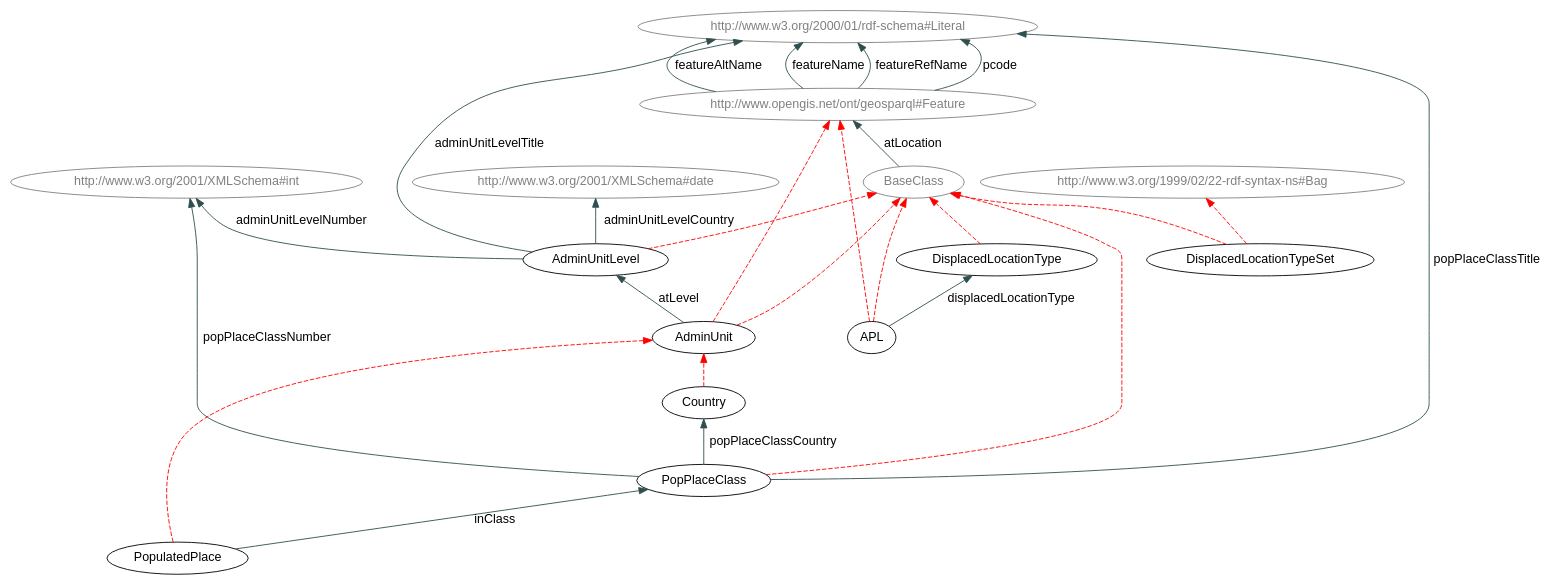
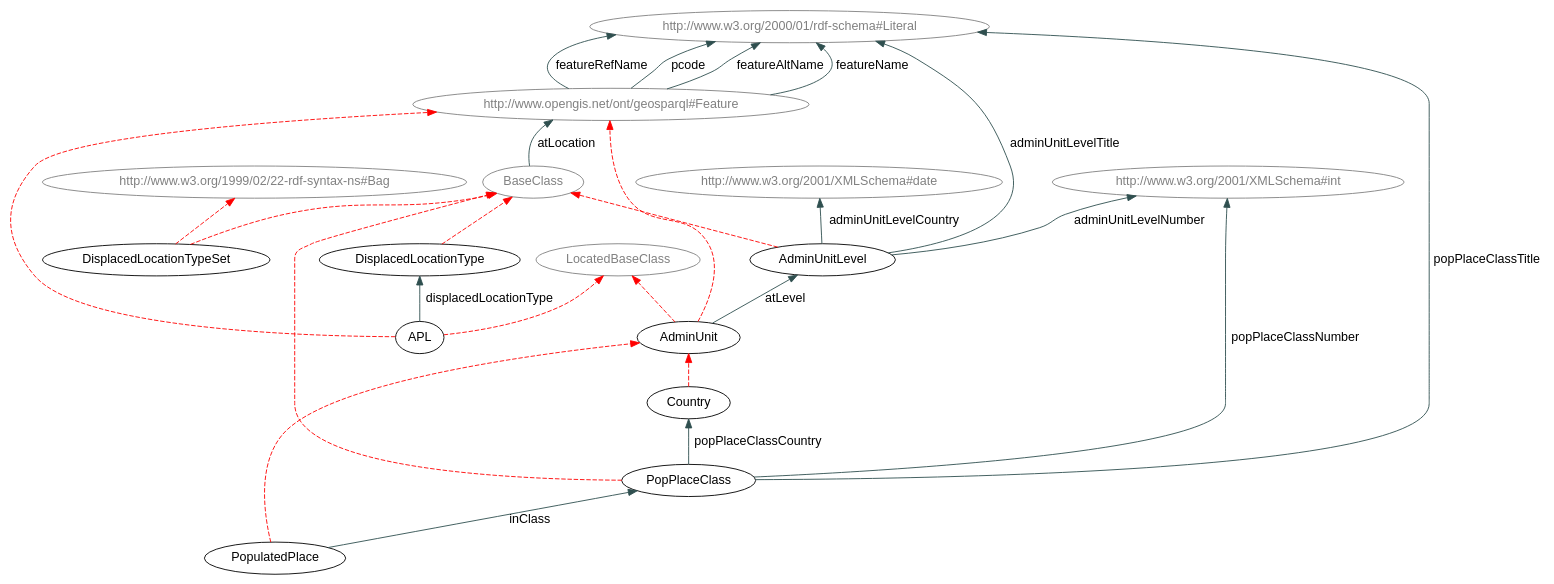
The diagram in Tools/geolocationSection.dot (hxl-team/HXL-Vocab), drawn with Graphviz before and after one commit. The commit also changed 20 other files, not shown here.

First line of the commit message:
Cardinality restrictions and hxl:LocatedBaseClass added

```diff
--- a/Tools/geolocationSection.dot
+++ b/Tools/geolocationSection.dot
@@ -1,66 +1,66 @@
 digraph { 
  rankdir="BT";	
  charset="utf-8";
  overlap=false;
  edge [color=darkslategray];
  edge [fontname=Helvetica];
  node [fontname=Helvetica];
 
 "APL" [ URL = "./#APL"] ;
 		"http://www.opengis.net/ont/geosparql#Feature" [ URL = "./#APL" color="gray" fontcolor="gray"] ;
 				"APL" -> "http://www.opengis.net/ont/geosparql#Feature" [ color=red style="dashed" ]; 
-			"BaseClass" [ URL = "./#APL" color="gray" fontcolor="gray"] ;
-				"APL" -> "BaseClass" [ color=red style="dashed" ]; 
+			"LocatedBaseClass" [ URL = "./#APL" color="gray" fontcolor="gray"] ;
+				"APL" -> "LocatedBaseClass" [ color=red style="dashed" ]; 
 			"AdminUnit" [ URL = "./#AdminUnit"] ;
 		"http://www.opengis.net/ont/geosparql#Feature" [ URL = "./#AdminUnit" color="gray" fontcolor="gray"] ;
 				"AdminUnit" -> "http://www.opengis.net/ont/geosparql#Feature" [ color=red style="dashed" ]; 
-			"BaseClass" [ URL = "./#AdminUnit" color="gray" fontcolor="gray"] ;
-				"AdminUnit" -> "BaseClass" [ color=red style="dashed" ]; 
+			"LocatedBaseClass" [ URL = "./#AdminUnit" color="gray" fontcolor="gray"] ;
+				"AdminUnit" -> "LocatedBaseClass" [ color=red style="dashed" ]; 
 			"AdminUnitLevel" [ URL = "./#AdminUnitLevel"] ;
 		"BaseClass" [ URL = "./#AdminUnitLevel" color="gray" fontcolor="gray"] ;
 				"AdminUnitLevel" -> "BaseClass" [ color=red style="dashed" ]; 
 			"Country" [ URL = "./#Country"] ;
 		"Country" -> "AdminUnit" [ color=red style="dashed" ]; 
 			"DisplacedLocationType" [ URL = "./#DisplacedLocationType"] ;
 		"BaseClass" [ URL = "./#DisplacedLocationType" color="gray" fontcolor="gray"] ;
 				"DisplacedLocationType" -> "BaseClass" [ color=red style="dashed" ]; 
 			"DisplacedLocationTypeSet" [ URL = "./#DisplacedLocationTypeSet"] ;
 		"BaseClass" [ URL = "./#DisplacedLocationTypeSet" color="gray" fontcolor="gray"] ;
 				"DisplacedLocationTypeSet" -> "BaseClass" [ color=red style="dashed" ]; 
 			"http://www.w3.org/1999/02/22-rdf-syntax-ns#Bag" [ URL = "./#DisplacedLocationTypeSet" color="gray" fontcolor="gray"] ;
 				"DisplacedLocationTypeSet" -> "http://www.w3.org/1999/02/22-rdf-syntax-ns#Bag" [ color=red style="dashed" ]; 
 			"PopPlaceClass" [ URL = "./#PopPlaceClass"] ;
 		"BaseClass" [ URL = "./#PopPlaceClass" color="gray" fontcolor="gray"] ;
 				"PopPlaceClass" -> "BaseClass" [ color=red style="dashed" ]; 
 			"PopulatedPlace" [ URL = "./#PopulatedPlace"] ;
 		"PopulatedPlace" -> "AdminUnit" [ color=red style="dashed" ]; 
 			"http://www.w3.org/2001/XMLSchema#date" [ URL = "./#http://www.w3.org/2001/XMLSchema#date" color="gray" fontcolor="gray"] ;
 					"AdminUnitLevel" -> "http://www.w3.org/2001/XMLSchema#date" [ label="adminUnitLevelCountry" URL = "./#adminUnitLevelCountry"]; 
 				"http://www.w3.org/2001/XMLSchema#int" [ URL = "./#http://www.w3.org/2001/XMLSchema#int" color="gray" fontcolor="gray"] ;
 					"AdminUnitLevel" -> "http://www.w3.org/2001/XMLSchema#int" [ label="adminUnitLevelNumber" URL = "./#adminUnitLevelNumber"]; 
 				"http://www.w3.org/2000/01/rdf-schema#Literal" [ URL = "./#http://www.w3.org/2000/01/rdf-schema#Literal" color="gray" fontcolor="gray"] ;
 					"AdminUnitLevel" -> "http://www.w3.org/2000/01/rdf-schema#Literal" [ label="adminUnitLevelTitle" URL = "./#adminUnitLevelTitle"]; 
 				"AdminUnit" -> "AdminUnitLevel" [ label="atLevel" URL = "./#atLevel"]; 
 				"BaseClass" [ URL = "./#BaseClass" color="gray" fontcolor="gray"] ;
 				"http://www.opengis.net/ont/geosparql#Feature" [ URL = "./#http://www.opengis.net/ont/geosparql#Feature" color="gray" fontcolor="gray"] ;
 					"BaseClass" -> "http://www.opengis.net/ont/geosparql#Feature" [ label="atLocation" URL = "./#atLocation"]; 
 				"APL" -> "DisplacedLocationType" [ label="displacedLocationType" URL = "./#displacedLocationType"]; 
 				"http://www.opengis.net/ont/geosparql#Feature" [ URL = "./#http://www.opengis.net/ont/geosparql#Feature" color="gray" fontcolor="gray"] ;
 				"http://www.w3.org/2000/01/rdf-schema#Literal" [ URL = "./#http://www.w3.org/2000/01/rdf-schema#Literal" color="gray" fontcolor="gray"] ;
 					"http://www.opengis.net/ont/geosparql#Feature" -> "http://www.w3.org/2000/01/rdf-schema#Literal" [ label="featureAltName" URL = "./#featureAltName"]; 
 				"http://www.opengis.net/ont/geosparql#Feature" [ URL = "./#http://www.opengis.net/ont/geosparql#Feature" color="gray" fontcolor="gray"] ;
 				"http://www.w3.org/2000/01/rdf-schema#Literal" [ URL = "./#http://www.w3.org/2000/01/rdf-schema#Literal" color="gray" fontcolor="gray"] ;
 					"http://www.opengis.net/ont/geosparql#Feature" -> "http://www.w3.org/2000/01/rdf-schema#Literal" [ label="featureName" URL = "./#featureName"]; 
 				"http://www.opengis.net/ont/geosparql#Feature" [ URL = "./#http://www.opengis.net/ont/geosparql#Feature" color="gray" fontcolor="gray"] ;
 				"http://www.w3.org/2000/01/rdf-schema#Literal" [ URL = "./#http://www.w3.org/2000/01/rdf-schema#Literal" color="gray" fontcolor="gray"] ;
 					"http://www.opengis.net/ont/geosparql#Feature" -> "http://www.w3.org/2000/01/rdf-schema#Literal" [ label="featureRefName" URL = "./#featureRefName"]; 
 				"PopulatedPlace" -> "PopPlaceClass" [ label="inClass" URL = "./#inClass"]; 
 				"http://www.opengis.net/ont/geosparql#Feature" [ URL = "./#http://www.opengis.net/ont/geosparql#Feature" color="gray" fontcolor="gray"] ;
 				"http://www.w3.org/2000/01/rdf-schema#Literal" [ URL = "./#http://www.w3.org/2000/01/rdf-schema#Literal" color="gray" fontcolor="gray"] ;
 					"http://www.opengis.net/ont/geosparql#Feature" -> "http://www.w3.org/2000/01/rdf-schema#Literal" [ label="pcode" URL = "./#pcode"]; 
 				"PopPlaceClass" -> "Country" [ label="popPlaceClassCountry" URL = "./#popPlaceClassCountry"]; 
 				"http://www.w3.org/2001/XMLSchema#int" [ URL = "./#http://www.w3.org/2001/XMLSchema#int" color="gray" fontcolor="gray"] ;
 					"PopPlaceClass" -> "http://www.w3.org/2001/XMLSchema#int" [ label="popPlaceClassNumber" URL = "./#popPlaceClassNumber"]; 
 				"http://www.w3.org/2000/01/rdf-schema#Literal" [ URL = "./#http://www.w3.org/2000/01/rdf-schema#Literal" color="gray" fontcolor="gray"] ;
 					"PopPlaceClass" -> "http://www.w3.org/2000/01/rdf-schema#Literal" [ label="popPlaceClassTitle" URL = "./#popPlaceClassTitle"]; 
 				}
```
